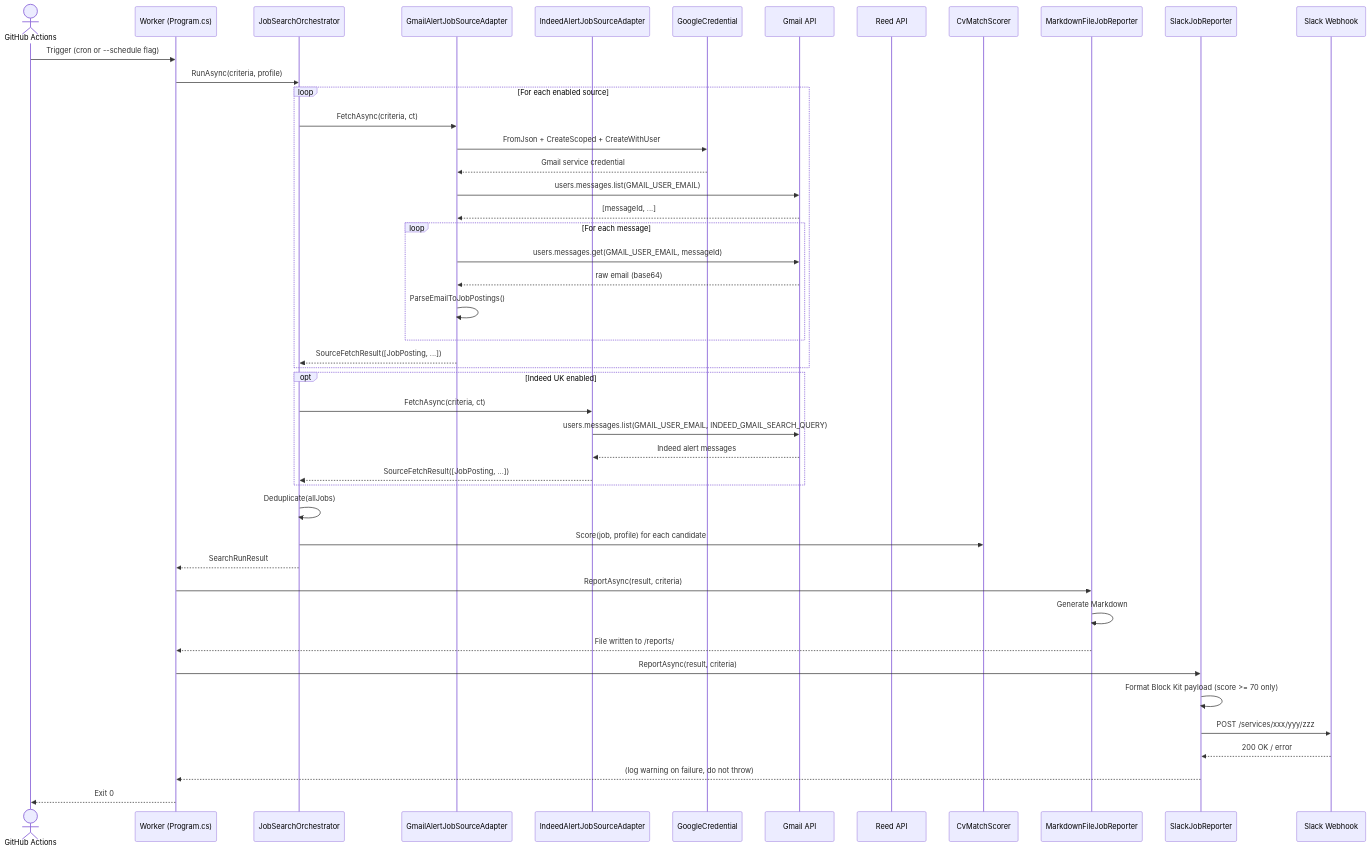
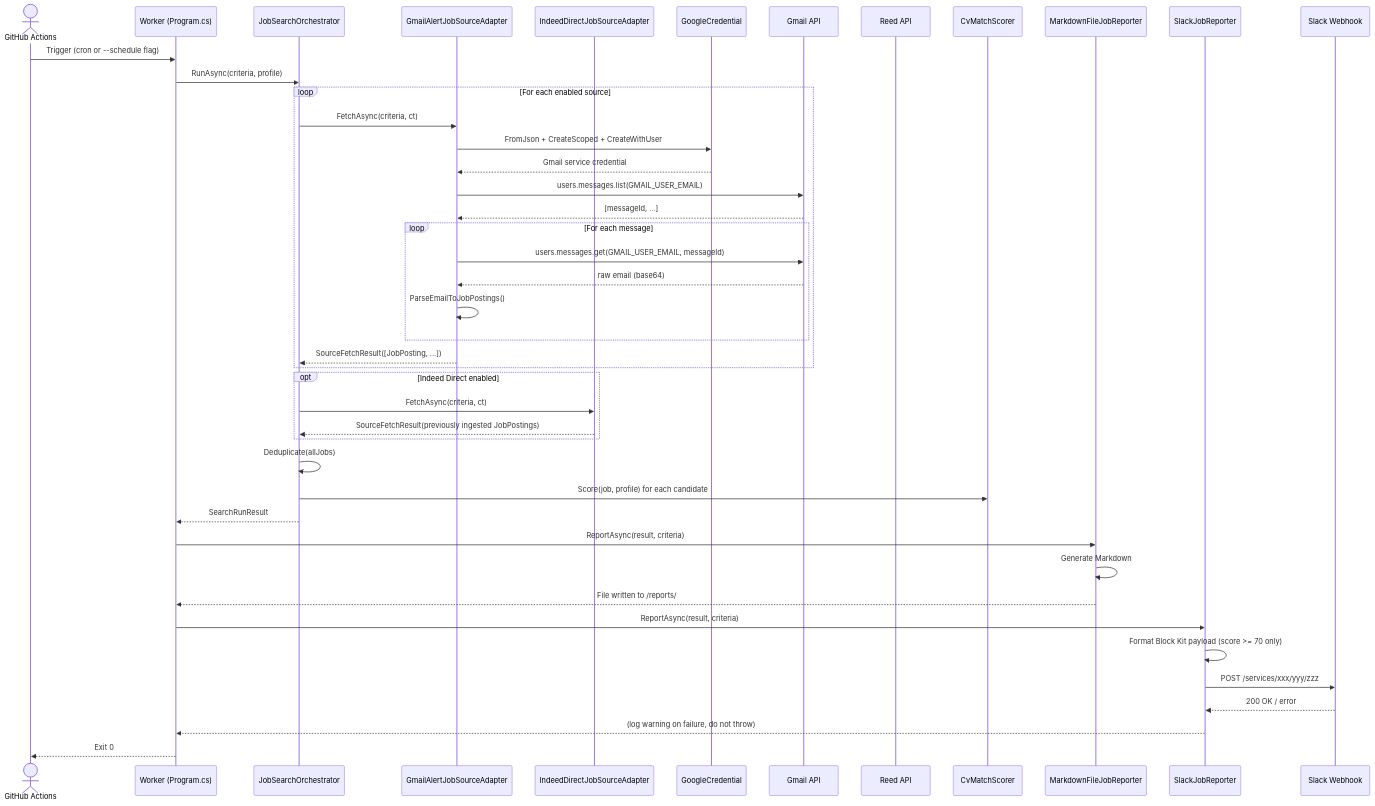
The third of 11 diagrams in docs/gmail-slack-integration.md (ekanatha-urivakili/AiJobSearchAgent), drawn with Mermaid before and after one commit. The commit also changed other lines of this file and 14 other files, not shown here.

````diff
--- a/docs/gmail-slack-integration.md
+++ b/docs/gmail-slack-integration.md
@@ -137,55 +136,53 @@
 ```mermaid
 sequenceDiagram
     actor GH as GitHub Actions
     participant W as Worker (Program.cs)
     participant JO as JobSearchOrchestrator
     participant GJSA as GmailAlertJobSourceAdapter
-    participant IJSA as IndeedAlertJobSourceAdapter
+    participant IJSA as IndeedDirectJobSourceAdapter
     participant GAuth as GoogleCredential
     participant GmailAPI as Gmail API
     participant ReedAPI as Reed API
     participant Scorer as CvMatchScorer
     participant MFR as MarkdownFileJobReporter
     participant SJR as SlackJobReporter
     participant Slack as Slack Webhook
 
     GH->>W: Trigger (cron or --schedule flag)
     W->>JO: RunAsync(criteria, profile)
 
     loop For each enabled source
         JO->>GJSA: FetchAsync(criteria, ct)
         GJSA->>GAuth: FromJson + CreateScoped + CreateWithUser
         GAuth-->>GJSA: Gmail service credential
         GJSA->>GmailAPI: users.messages.list(GMAIL_USER_EMAIL)
         GmailAPI-->>GJSA: [messageId, ...]
         loop For each message
             GJSA->>GmailAPI: users.messages.get(GMAIL_USER_EMAIL, messageId)
             GmailAPI-->>GJSA: raw email (base64)
             GJSA->>GJSA: ParseEmailToJobPostings()
         end
         GJSA-->>JO: SourceFetchResult([JobPosting, ...])
     end
 
-    opt Indeed UK enabled
+    opt Indeed Direct enabled
         JO->>IJSA: FetchAsync(criteria, ct)
-        IJSA->>GmailAPI: users.messages.list(GMAIL_USER_EMAIL, INDEED_GMAIL_SEARCH_QUERY)
-        GmailAPI-->>IJSA: Indeed alert messages
-        IJSA-->>JO: SourceFetchResult([JobPosting, ...])
+        IJSA-->>JO: SourceFetchResult(previously ingested JobPostings)
     end
 
     JO->>JO: Deduplicate(allJobs)
     JO->>Scorer: Score(job, profile) for each candidate
     JO-->>W: SearchRunResult
 
     W->>MFR: ReportAsync(result, criteria)
     MFR->>MFR: Generate Markdown
     MFR-->>W: File written to /reports/
 
     W->>SJR: ReportAsync(result, criteria)
     SJR->>SJR: Format Block Kit payload (score >= 70 only)
     SJR->>Slack: POST /services/xxx/yyy/zzz
     Slack-->>SJR: 200 OK / error
     SJR-->>W: (log warning on failure, do not throw)
 
     W-->>GH: Exit 0
 ```
````
